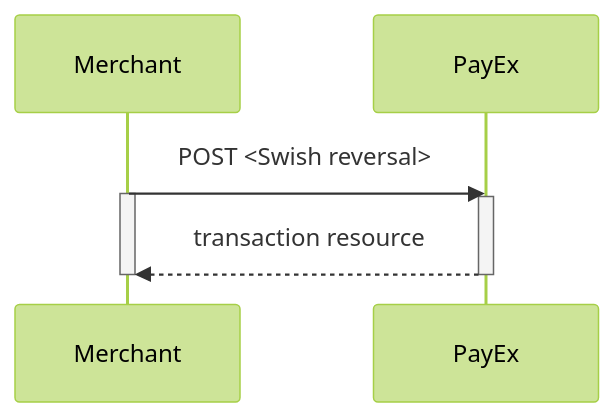
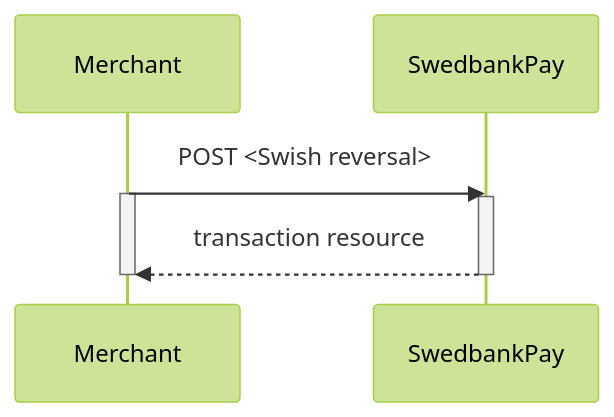
Before and after one commit to SwedbankPay/developer.swedbankpay.com: the second of 2 diagrams in payments/swish/seamless-view.md, drawn with Mermaid (forest theme). The commit also changed other lines of this file and 4 other files, not shown here.

Commit message:
DX-415 Indent fix, typo fix, diagram fix

````diff
--- a/payments/swish/seamless-view.md
+++ b/payments/swish/seamless-view.md
@@ -134,9 +130,9 @@
 ```mermaid
 sequenceDiagram
-  Merchant->>PayEx: POST <Swish reversal>
+  Merchant->>SwedbankPay: POST <Swish reversal>
   activate Merchant
-  activate PayEx
-  PayEx-->>Merchant: transaction resource
-  deactivate PayEx
+  activate SwedbankPay
+  SwedbankPay-->>Merchant: transaction resource
+  deactivate SwedbankPay
   deactivate Merchant
 ```
````
